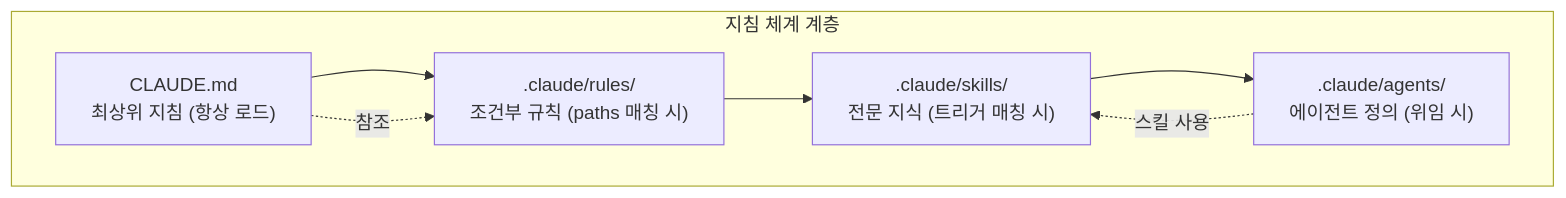
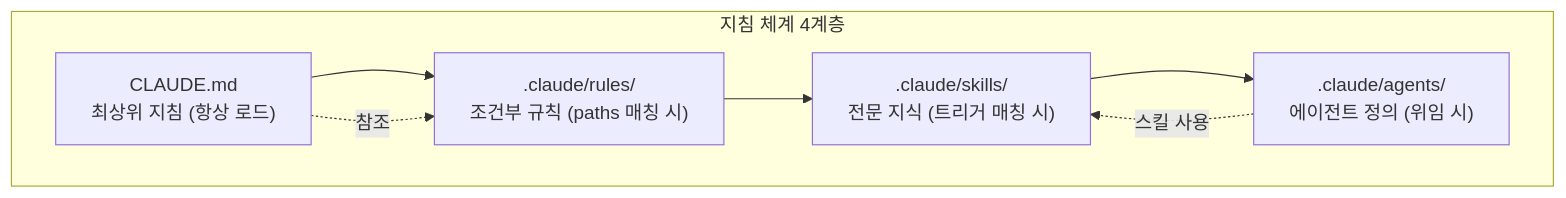
One commit to modu-ai/moai-adk changed the fourth of 4 diagrams in docs-site/content/ko/advanced/claude-md-guide.md. Above: the diagram before and after it, drawn with Mermaid. The commit also changed other lines of this file and 14 other files, not shown here.

````diff
--- a/docs-site/content/ko/advanced/claude-md-guide.md
+++ b/docs-site/content/ko/advanced/claude-md-guide.md
@@ -331,17 +187,16 @@
 ```mermaid
 flowchart TD
-    subgraph HIERARCHY["지침 체계 계층"]
+    subgraph HIERARCHY["지침 체계 4계층"]
         CLAUDE["CLAUDE.md<br>최상위 지침 (항상 로드)"]
         RULES[".claude/rules/<br>조건부 규칙 (paths 매칭 시)"]
         SKILLS[".claude/skills/<br>전문 지식 (트리거 매칭 시)"]
         AGENTS[".claude/agents/<br>에이전트 정의 (위임 시)"]
     end
 
     CLAUDE --> RULES
     RULES --> SKILLS
     SKILLS --> AGENTS
 
     CLAUDE -.->|"참조"| RULES
     AGENTS -.->|"스킬 사용"| SKILLS
-
 ```
````
